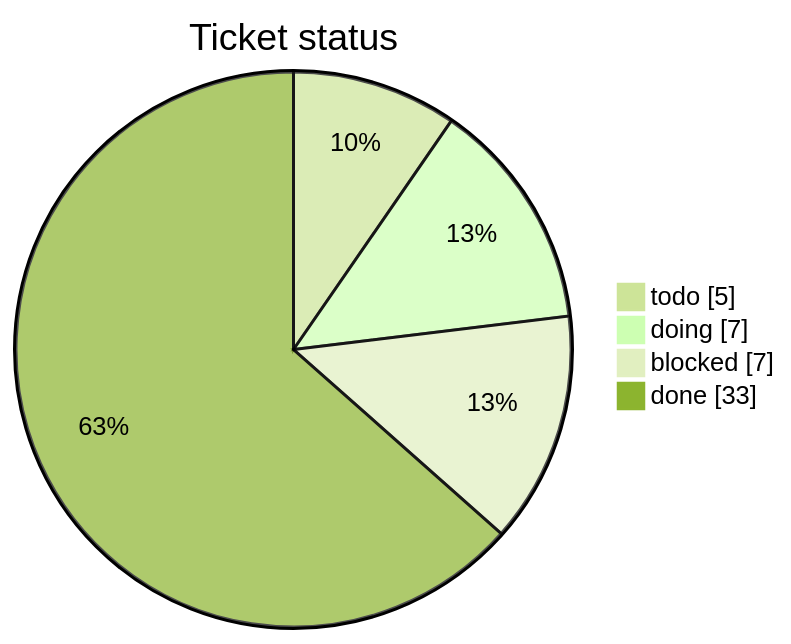
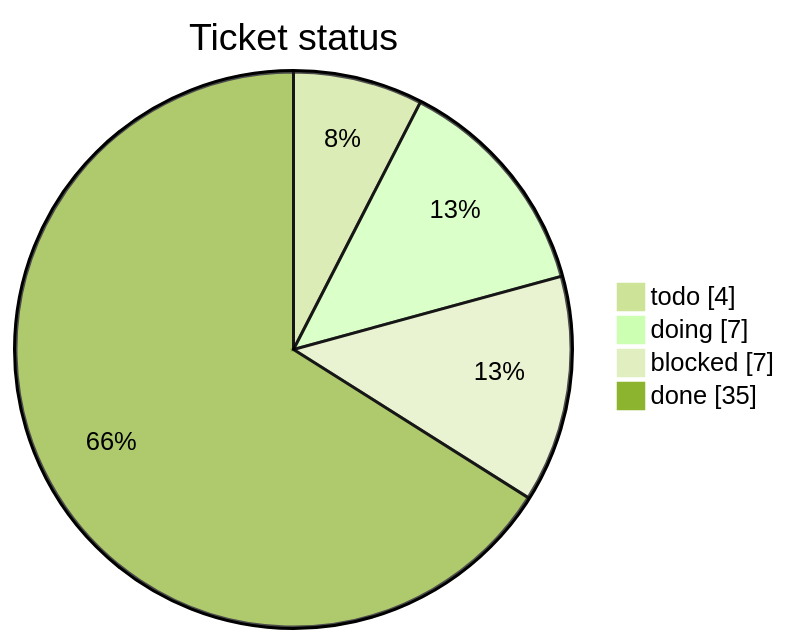
The first of 3 diagrams in tickets/TICKETS.md (mohamed-soubhi/bootlab-esp), drawn with Mermaid (forest theme) before and after one commit. The commit also changed other lines of this file and 13 other files, not shown here.

````diff
--- a/tickets/TICKETS.md
+++ b/tickets/TICKETS.md
@@ -14,7 +14,7 @@
 ```mermaid
 pie showData title Ticket status
-    "todo" : 5
+    "todo" : 4
     "doing" : 7
     "blocked" : 7
-    "done" : 33
+    "done" : 35
 ```
````
